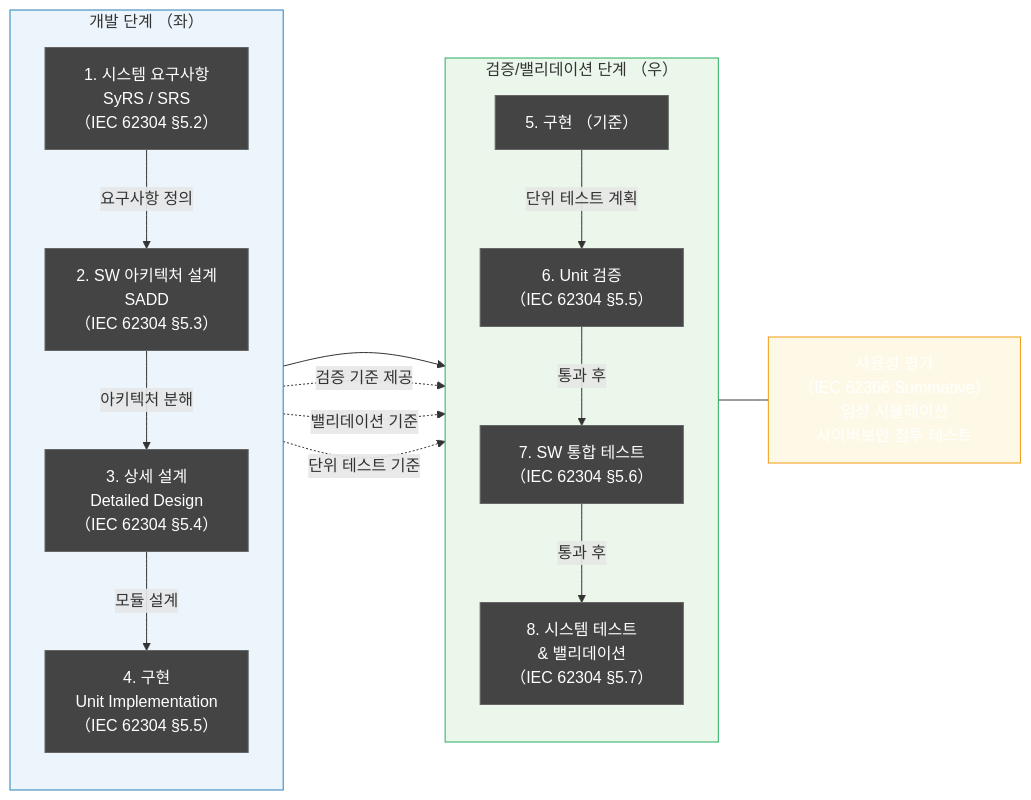
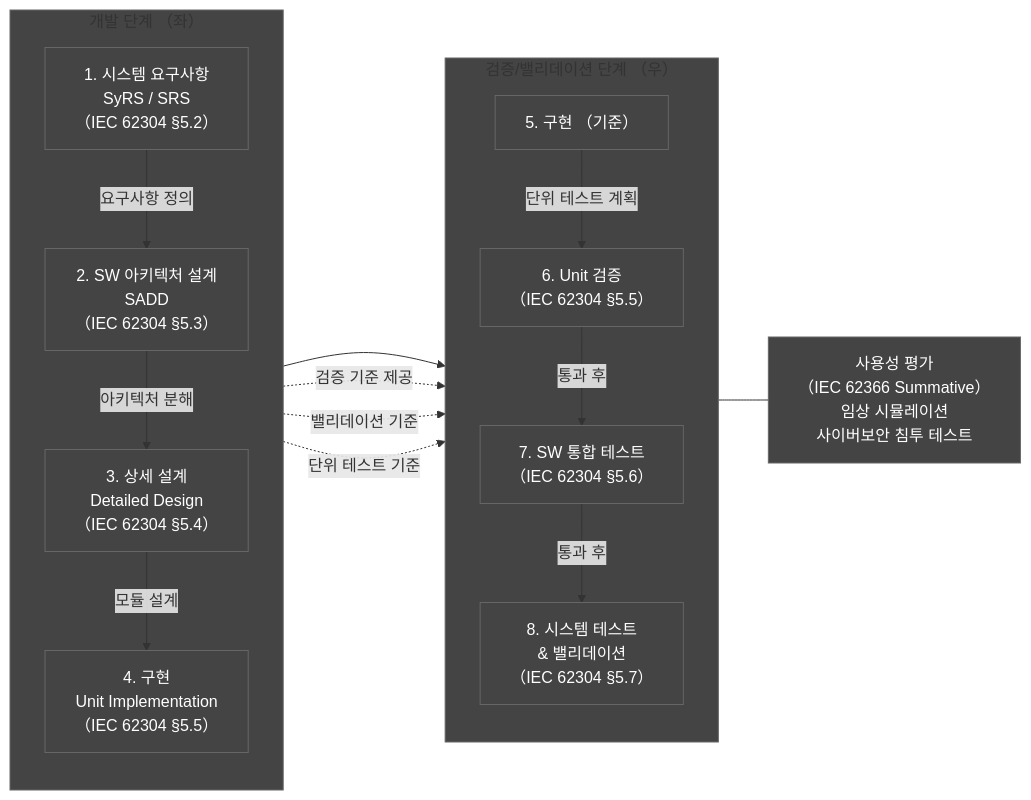
The tenth of 10 diagrams in docs/management/WBS-001_WBS_v1.0.md (holee9/console-gui), drawn with Mermaid before and after one commit. The commit also changed other lines of this file and 35 other files, not shown here.

First line of the commit message:
fix: 전체 Mermaid 차트 색상 진한 회색 통일

````diff
--- a/docs/management/WBS-001_WBS_v1.0.md
+++ b/docs/management/WBS-001_WBS_v1.0.md
@@ -630,38 +630,38 @@
 ```mermaid
 flowchart LR
     classDef default fill:#444,stroke:#666,color:#fff
     subgraph LEFT["개발 단계 （좌）"]
         direction TB
         SyRS["1. 시스템 요구사항\nSyRS / SRS\n（IEC 62304 §5.2）"]
         SADD["2. SW 아키텍처 설계\nSADD\n（IEC 62304 §5.3）"]
         DD["3. 상세 설계\nDetailed Design\n（IEC 62304 §5.4）"]
         CODE["4. 구현\nUnit Implementation\n（IEC 62304 §5.5）"]
     end
 
     subgraph RIGHT["검증/밸리데이션 단계 （우）"]
         direction TB
         SysTest["8. 시스템 테스트\n& 밸리데이션\n（IEC 62304 §5.7）"]
         IntTest["7. SW 통합 테스트\n（IEC 62304 §5.6）"]
         UnitTest["6. Unit 검증\n（IEC 62304 §5.5）"]
         CODE2["5. 구현 （기준）"]
     end
 
     SyRS -->|요구사항 정의| SADD
     SADD -->|아키텍처 분해| DD
     DD -->|모듈 설계| CODE
     CODE --> CODE2
 
     CODE2 -->|단위 테스트 계획| UnitTest
     SADD -.->|검증 기준 제공| IntTest
     SyRS -.->|밸리데이션 기준| SysTest
     DD -.->|단위 테스트 기준| UnitTest
 
     UnitTest -->|통과 후| IntTest
     IntTest -->|통과 후| SysTest
 
     SysTest --- VAL["사용성 평가\n（IEC 62366 Summative）\n임상 시뮬레이션\n사이버보안 침투 테스트"]
 
-    style LEFT fill:#EBF5FB,stroke:#2980B9
-    style RIGHT fill:#EAF7EA,stroke:#27AE60
-    style VAL fill:#FEF9E7,stroke:#F39C12
+    style LEFT fill:#444,stroke:#666
+    style RIGHT fill:#444,stroke:#666
+    style VAL fill:#444,stroke:#666
 ```
````
